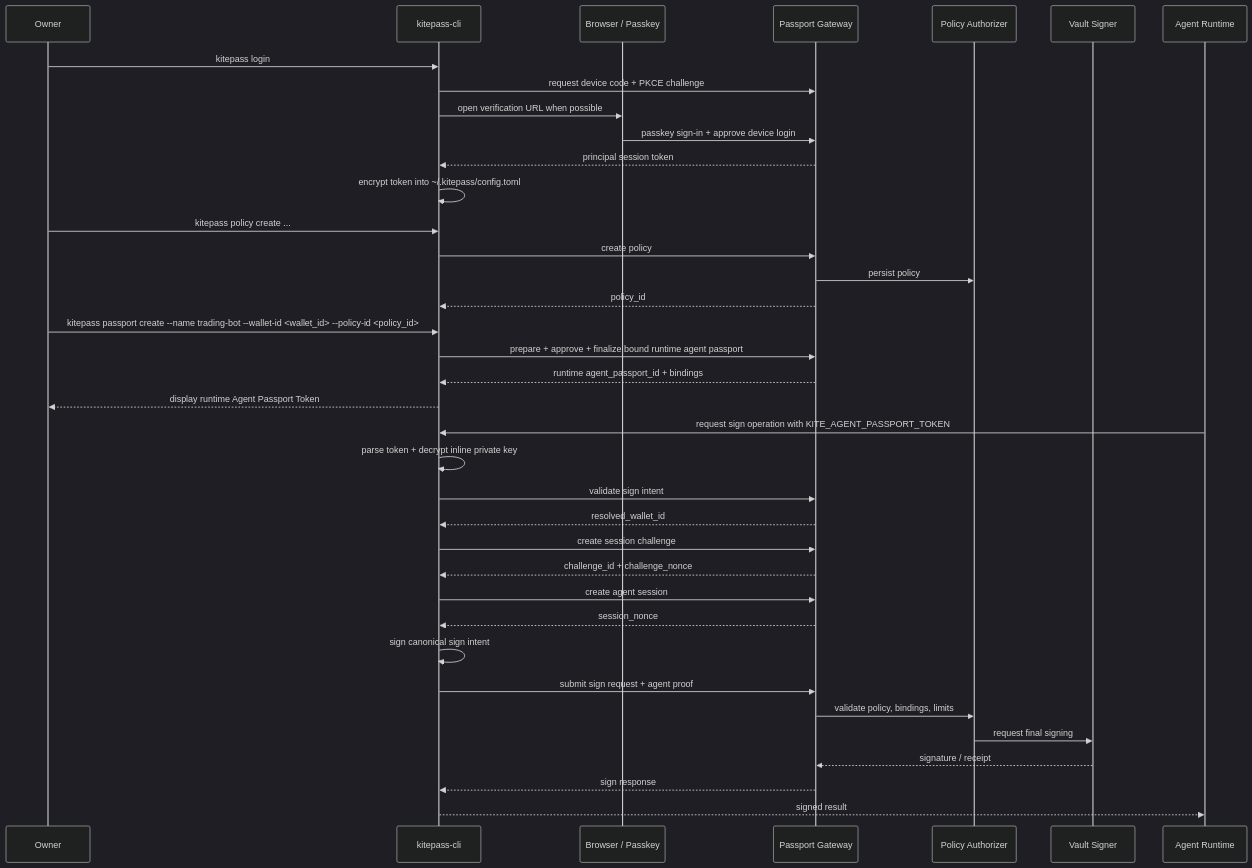
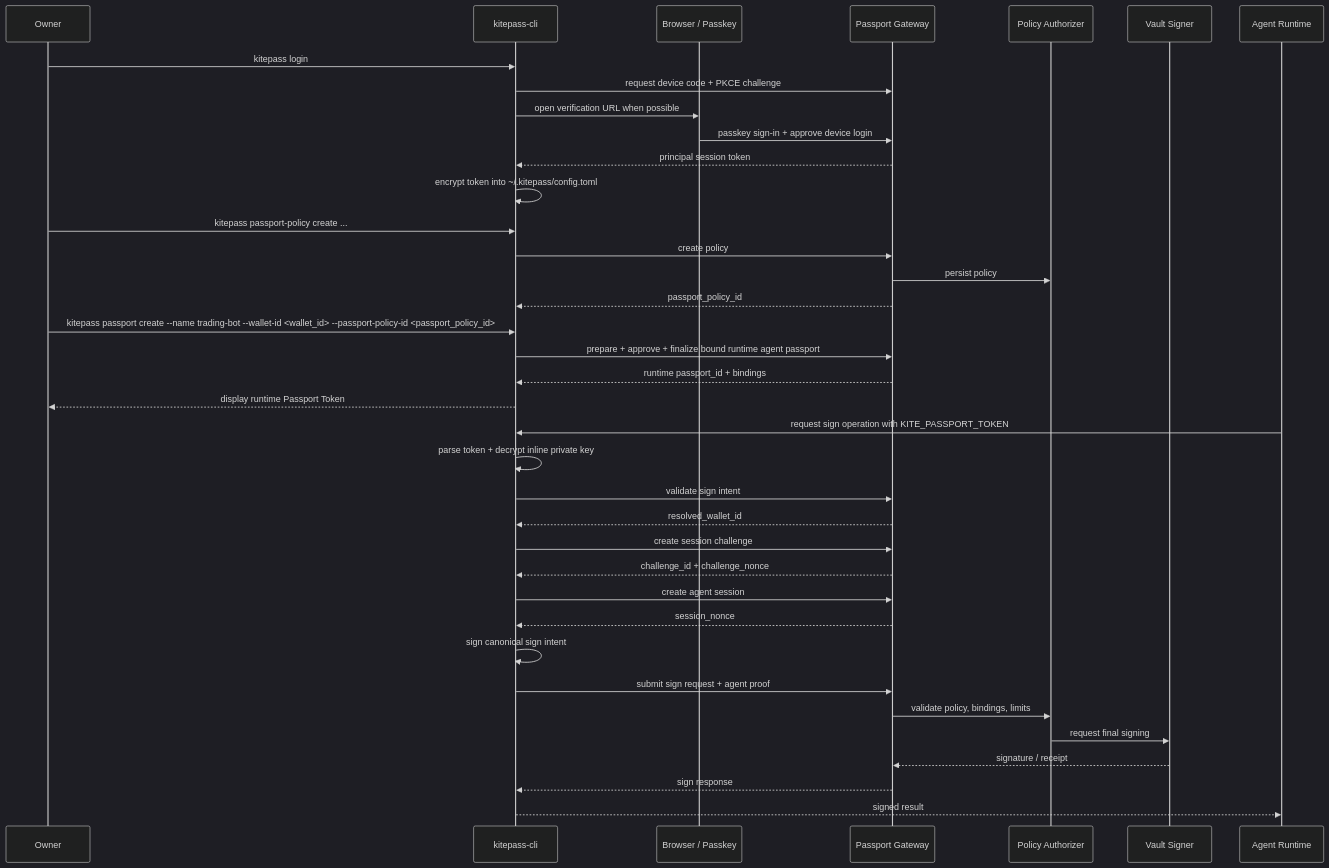
Before and after one commit to zfdang/agent-passport-cli: the diagram in docs/principal-auth-and-agent-passport-flow.md, drawn with Mermaid (dark theme). The commit also changed other lines of this file and 17 other files, not shown here.

First line of the commit message:
refactor: rename agent-passport→passport in CLI, API client, config, and token format

````diff
--- a/docs/principal-auth-and-agent-passport-flow.md
+++ b/docs/principal-auth-and-agent-passport-flow.md
@@ -31,43 +31,43 @@
 ```mermaid
 sequenceDiagram
     participant Owner as Owner
     participant CLI as kitepass-cli
     participant Browser as Browser / Passkey
     participant Gateway as Passport Gateway
     participant Authz as Policy Authorizer
     participant Vault as Vault Signer
     participant Agent as Agent Runtime
 
     Owner->>CLI: kitepass login
     CLI->>Gateway: request device code + PKCE challenge
     CLI->>Browser: open verification URL when possible
     Browser->>Gateway: passkey sign-in + approve device login
     Gateway-->>CLI: principal session token
     CLI->>CLI: encrypt token into ~/.kitepass/config.toml
 
-    Owner->>CLI: kitepass policy create ...
+    Owner->>CLI: kitepass passport-policy create ...
     CLI->>Gateway: create policy
     Gateway->>Authz: persist policy
-    Gateway-->>CLI: policy_id
+    Gateway-->>CLI: passport_policy_id
 
-    Owner->>CLI: kitepass passport create --name trading-bot --wallet-id <wallet_id> --policy-id <policy_id>
+    Owner->>CLI: kitepass passport create --name trading-bot --wallet-id <wallet_id> --passport-policy-id <passport_policy_id>
     CLI->>Gateway: prepare + approve + finalize bound runtime agent passport
-    Gateway-->>CLI: runtime agent_passport_id + bindings
-    CLI-->>Owner: display runtime Agent Passport Token
+    Gateway-->>CLI: runtime passport_id + bindings
+    CLI-->>Owner: display runtime Passport Token
 
-    Agent->>CLI: request sign operation with KITE_AGENT_PASSPORT_TOKEN
+    Agent->>CLI: request sign operation with KITE_PASSPORT_TOKEN
     CLI->>CLI: parse token + decrypt inline private key
     CLI->>Gateway: validate sign intent
     Gateway-->>CLI: resolved_wallet_id
     CLI->>Gateway: create session challenge
     Gateway-->>CLI: challenge_id + challenge_nonce
     CLI->>Gateway: create agent session
     Gateway-->>CLI: session_nonce
     CLI->>CLI: sign canonical sign intent
     CLI->>Gateway: submit sign request + agent proof
     Gateway->>Authz: validate policy, bindings, limits
     Authz->>Vault: request final signing
     Vault-->>Gateway: signature / receipt
     Gateway-->>CLI: sign response
     CLI-->>Agent: signed result
 ```
````
